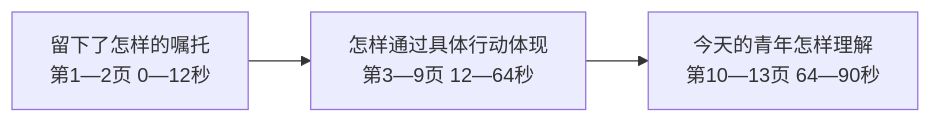
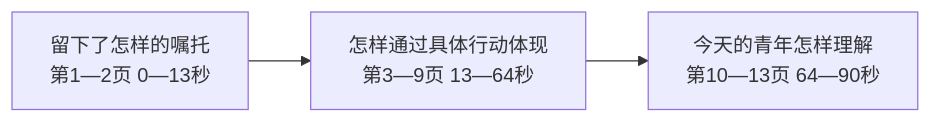
Before and after one commit to OyamaMeek/Motion: the diagram in 蒋葆增的家国情怀/短片/脚本与时间表.md, drawn with Mermaid. The commit also changed other lines of this file and 82 other files, not shown here.

````diff
--- a/蒋葆增的家国情怀/短片/脚本与时间表.md
+++ b/蒋葆增的家国情怀/短片/脚本与时间表.md
@@ -11,5 +11,5 @@
 ```mermaid
 flowchart LR
-  A["留下了怎样的嘱托<br>第1—2页 0—12秒"] --> B["怎样通过具体行动体现<br>第3—9页 12—64秒"]
+  A["留下了怎样的嘱托<br>第1—2页 0—13秒"] --> B["怎样通过具体行动体现<br>第3—9页 13—64秒"]
   B --> C["今天的青年怎样理解<br>第10—13页 64—90秒"]
 ```
````
